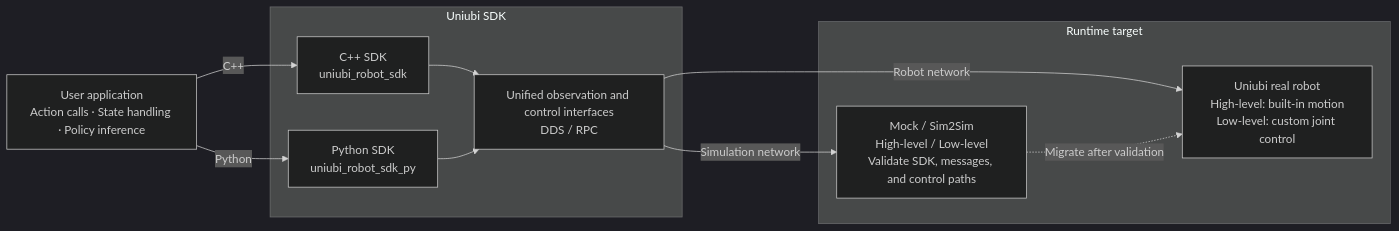
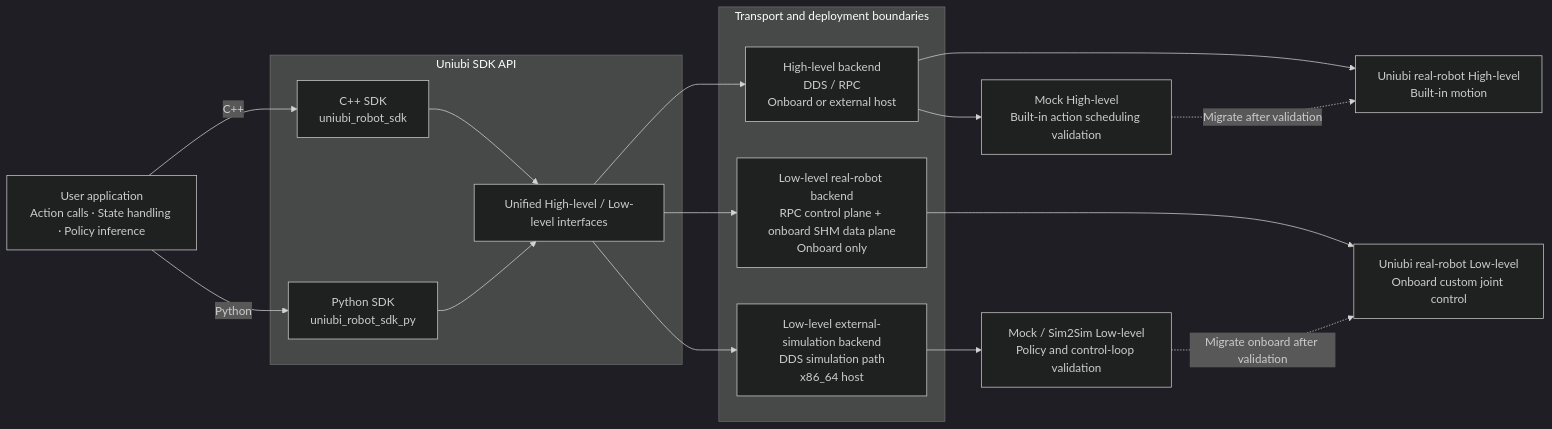
The diagram in README.md (uniubi-ai/uniubi_robot_mock), drawn with Mermaid (dark theme) before and after one commit. The commit also changed other lines of this file and 1 other file, not shown here.

Commit message:
docs: clarify SDK simulation and robot backends

````diff
--- a/README.md
+++ b/README.md
@@ -15,24 +17,36 @@
 ```mermaid
 flowchart LR
     APP["User application<br/>Action calls · State handling · Policy inference"]
 
-    subgraph SDK["Uniubi SDK"]
+    subgraph SDK["Uniubi SDK API"]
         CPP["C++ SDK<br/>uniubi_robot_sdk"]
         PY["Python SDK<br/>uniubi_robot_sdk_py"]
-        LINK["Unified observation and control interfaces<br/>DDS / RPC"]
+        API["Unified High-level / Low-level interfaces"]
 
-        CPP --> LINK
-        PY --> LINK
+        CPP --> API
+        PY --> API
     end
 
-    subgraph TARGET["Runtime target"]
-        SIM["Mock / Sim2Sim<br/>High-level / Low-level<br/>Validate SDK, messages, and control paths"]
-        ROBOT["Uniubi real robot<br/>High-level: built-in motion<br/>Low-level: custom joint control"]
+    subgraph BACKEND["Transport and deployment boundaries"]
+        HL["High-level backend<br/>DDS / RPC<br/>Onboard or external host"]
+        LLR["Low-level real-robot backend<br/>RPC control plane + onboard SHM data plane<br/>Onboard only"]
+        LLS["Low-level external-simulation backend<br/>DDS simulation path<br/>x86_64 host"]
     end
+
+    MOCKHL["Mock High-level<br/>Built-in action scheduling validation"]
+    MOCKLL["Mock / Sim2Sim Low-level<br/>Policy and control-loop validation"]
+    ROBOTHL["Uniubi real-robot High-level<br/>Built-in motion"]
+    ROBOTLL["Uniubi real-robot Low-level<br/>Onboard custom joint control"]
 
     APP -->|"C++"| CPP
     APP -->|"Python"| PY
-    LINK -->|"Simulation network"| SIM
-    LINK -->|"Robot network"| ROBOT
-    SIM -.->|"Migrate after validation"| ROBOT
+    API --> HL
+    API --> LLR
+    API --> LLS
+    HL --> MOCKHL
+    HL --> ROBOTHL
+    LLS --> MOCKLL
+    LLR --> ROBOTLL
+    MOCKHL -.->|"Migrate after validation"| ROBOTHL
+    MOCKLL -.->|"Migrate onboard after validation"| ROBOTLL
 ```
````
